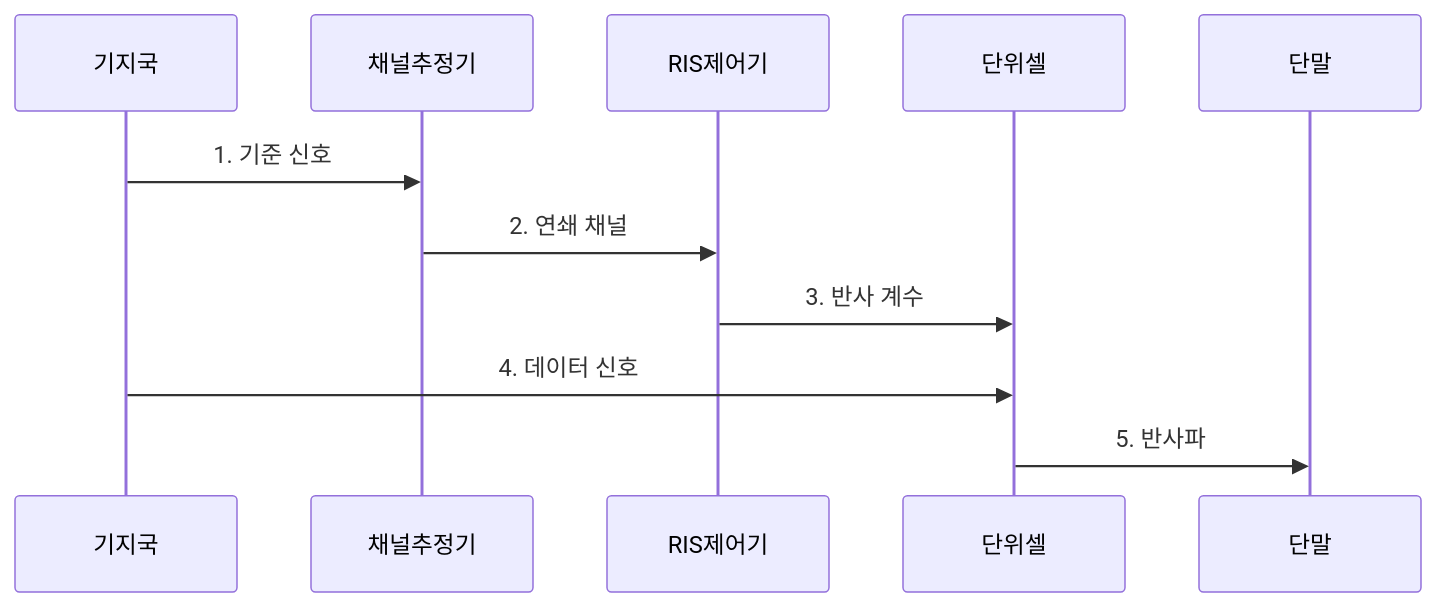
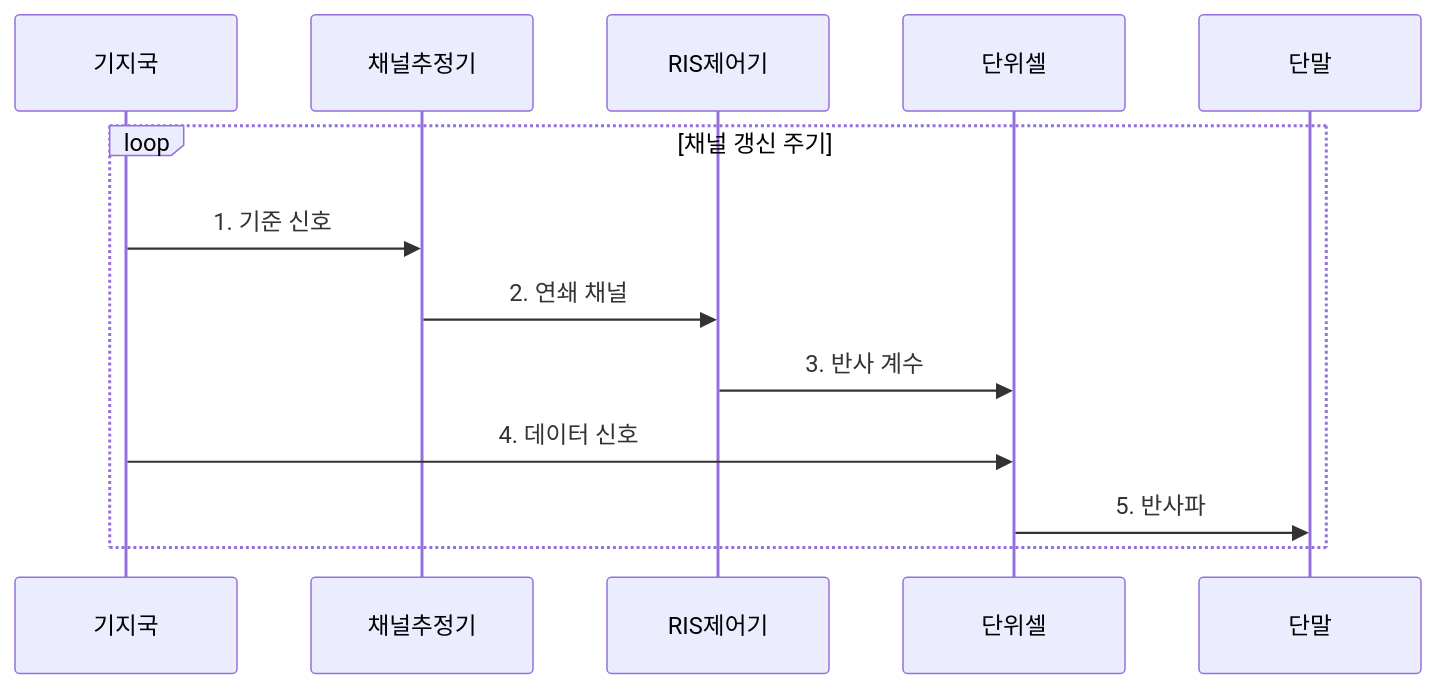
Before and after one commit to agnusdei1207/knowledge-base: the second of 2 diagrams in src/content/docs/notes/04-network/043_reconfigurable_intelligent_surface.md, drawn with Mermaid. The commit also changed other lines of this file and 7 other files, not shown here.

````diff
--- a/src/content/docs/notes/04-network/043_reconfigurable_intelligent_surface.md
+++ b/src/content/docs/notes/04-network/043_reconfigurable_intelligent_surface.md
@@ -98,13 +98,15 @@
 ```mermaid
 sequenceDiagram
     participant 기지국
     participant 채널추정기
     participant RIS제어기
     participant 단위셀
     participant 단말
-    기지국->>채널추정기: 1. 기준 신호
-    채널추정기->>RIS제어기: 2. 연쇄 채널
-    RIS제어기->>단위셀: 3. 반사 계수
-    기지국->>단위셀: 4. 데이터 신호
-    단위셀->>단말: 5. 반사파
+    loop 채널 갱신 주기
+        기지국->>채널추정기: 1. 기준 신호
+        채널추정기->>RIS제어기: 2. 연쇄 채널
+        RIS제어기->>단위셀: 3. 반사 계수
+        기지국->>단위셀: 4. 데이터 신호
+        단위셀->>단말: 5. 반사파
+    end
 ```
````
